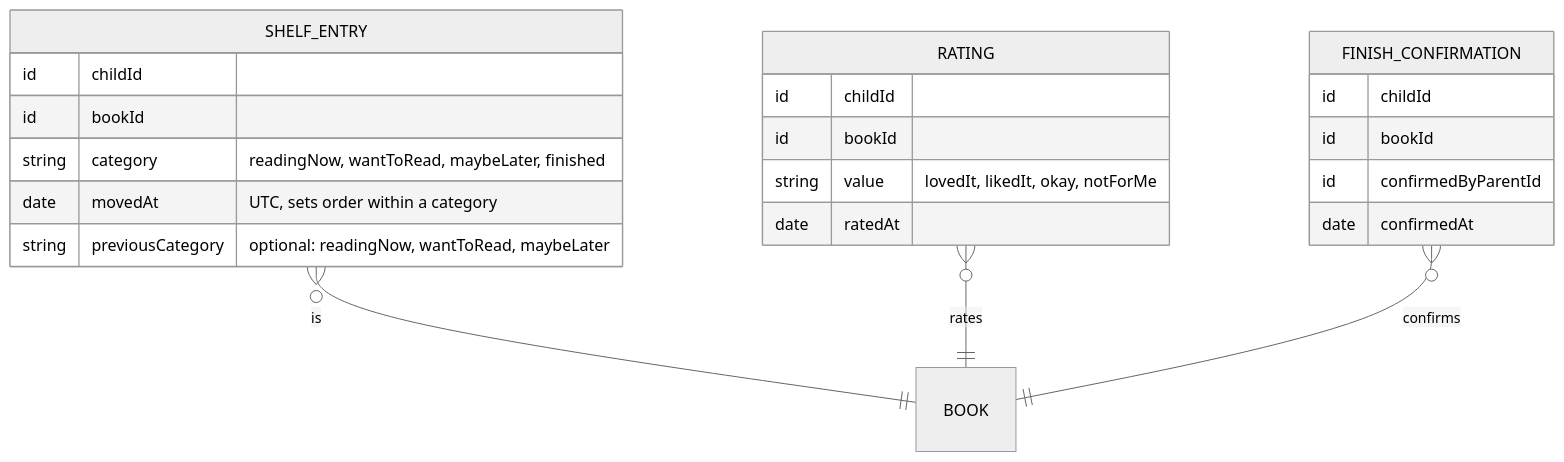
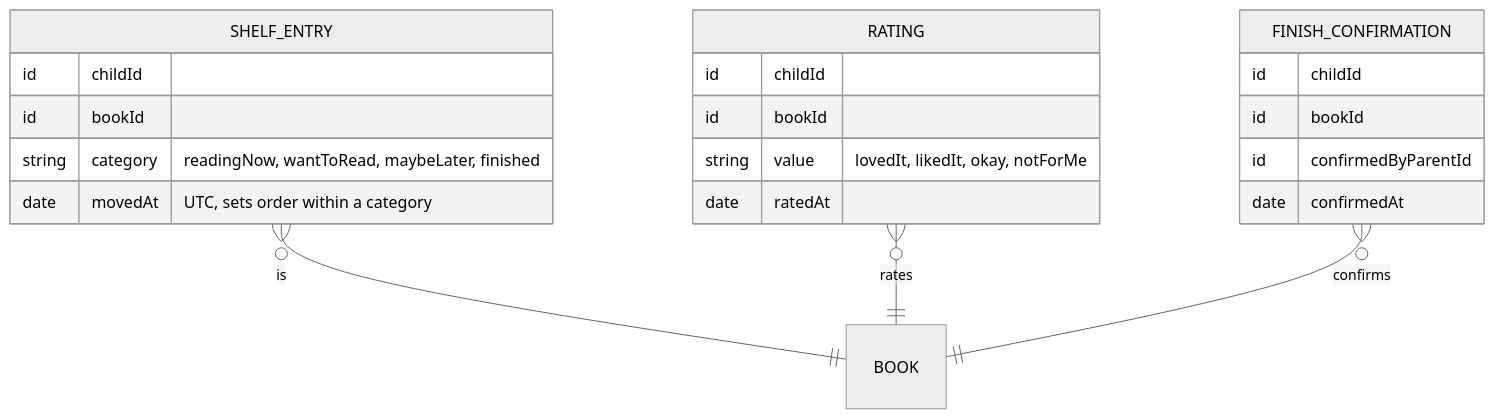
One commit to videogames21/book_buddies changed the tenth of 11 diagrams in design/shlf.md. Above: the diagram before and after it, drawn with Mermaid (neutral theme). The commit also changed other lines of this file and 1 other file, not shown here.

````diff
--- a/design/shlf.md
+++ b/design/shlf.md
@@ -976,25 +748,24 @@
 ```mermaid
 erDiagram
     SHELF_ENTRY }o--|| BOOK : "is"
     RATING }o--|| BOOK : "rates"
     FINISH_CONFIRMATION }o--|| BOOK : "confirms"
     SHELF_ENTRY {
         id childId
         id bookId
         string category "readingNow, wantToRead, maybeLater, finished"
         date movedAt "UTC, sets order within a category"
-        string previousCategory "optional: readingNow, wantToRead, maybeLater"
     }
     RATING {
         id childId
         id bookId
         string value "lovedIt, likedIt, okay, notForMe"
         date ratedAt
     }
     FINISH_CONFIRMATION {
         id childId
         id bookId
         id confirmedByParentId
         date confirmedAt
     }
 ```
````
